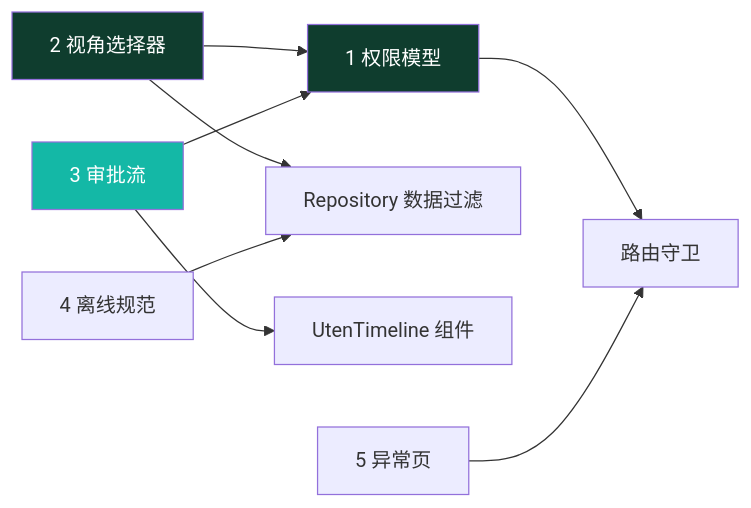
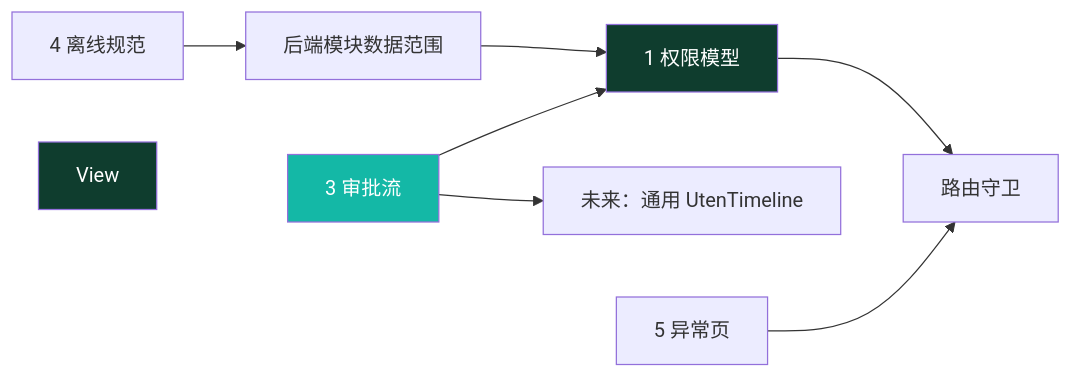
The first of 4 diagrams in docs/05-架构/全局机制.md (BruceChu0424/utenelec_imp), drawn with Mermaid before and after one commit. The commit also changed other lines of this file and 1614 other files, not shown here.

````diff
--- a/docs/05-架构/全局机制.md
+++ b/docs/05-架构/全局机制.md
@@ -25,14 +30,13 @@
 ```mermaid
 flowchart LR
     Perm[1 权限模型] --> Router[路由守卫]
-    View[2 视角选择器] --> Perm
-    View --> RepoFilter[Repository 数据过滤]
+    RepoFilter[后端模块数据范围] --> Perm
     Approval[3 审批流] --> Perm
-    Approval --> Timeline[UtenTimeline 组件]
+    Approval --> Timeline["未来：通用 UtenTimeline"]
     Offline[4 离线规范] --> RepoFilter
     Err[5 异常页] --> Router
 
     style Perm fill:#0F3D2E,color:#fff
     style View fill:#0F3D2E,color:#fff
     style Approval fill:#14B8A6,color:#fff
 ```
````
